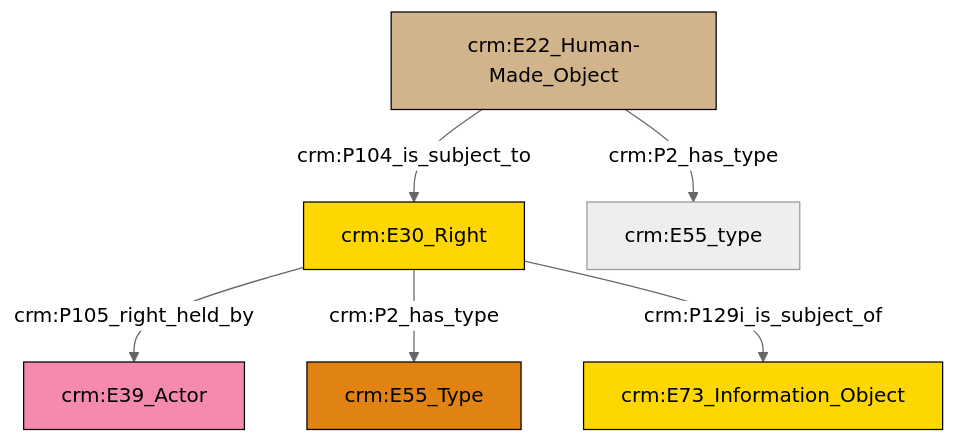
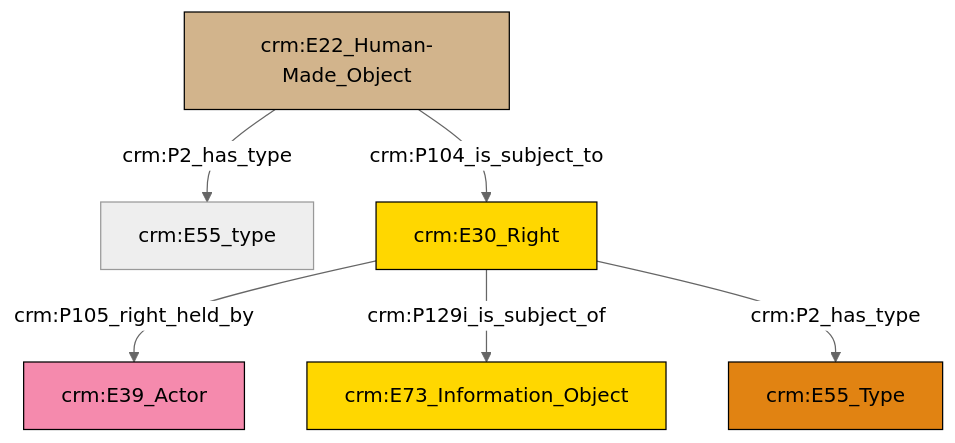
The diagram in et/builtWorkCSV/ttl/mmd/Built_Work_rights.ttl.mmd (swiss-art-research-net/docs.swissartresearch), drawn with Mermaid (neutral theme) before and after one commit. The commit also changed 179 other files, not shown here.

```diff
--- a/et/builtWorkCSV/ttl/mmd/Built_Work_rights.ttl.mmd
+++ b/et/builtWorkCSV/ttl/mmd/Built_Work_rights.ttl.mmd
@@ -1,20 +1,20 @@
 graph TD
 classDef Literal fill:#f2f2f2,stroke:#000000;
 classDef CRM_Entity fill:#FFFFFF,stroke:#000000;
 classDef Temporal_Entity fill:#00C9E6, stroke:#000000;
 classDef Type fill:#E18312, stroke:#000000;
 classDef Time-Span fill:#2C9C91, stroke:#000000;
 classDef Appellation fill:#FFEB7F, stroke:#000000;
 classDef Place fill:#008836, stroke:#000000;
 classDef Persistent_Item fill:#B266B2, stroke:#000000;
 classDef Conceptual_Object fill:#FFD700, stroke:#000000;
 classDef Physical_Thing fill:#D2B48C, stroke:#000000;
 classDef Actor fill:#f58aad, stroke:#000000;
 classDef PC_Classes fill:#4ce600, stroke:#000000;
 classDef Multi fill:#cccccc,stroke:#000000;
 
-0["crm:E30_Right"]:::Conceptual_Object -->|crm:P105_right_held_by| 1["crm:E39_Actor"]:::Actor
-0["crm:E30_Right"]:::Conceptual_Object -->|crm:P2_has_type| 2["crm:E55_Type"]:::Type
-5["crm:E22_Human-Made_Object"]:::Physical_Thing -->|crm:P104_is_subject_to| 0["crm:E30_Right"]:::Conceptual_Object
-0["crm:E30_Right"]:::Conceptual_Object -->|crm:P129i_is_subject_of| 6["crm:E73_Information_Object"]:::Conceptual_Object
-5["crm:E22_Human-Made_Object"]:::Physical_Thing -->|crm:P2_has_type| 9["crm:E55_type"]:::Default
+0["crm:E22_Human-Made_Object"]:::Physical_Thing -->|crm:P2_has_type| 1["crm:E55_type"]:::Default
+2["crm:E30_Right"]:::Conceptual_Object -->|crm:P105_right_held_by| 3["crm:E39_Actor"]:::Actor
+0["crm:E22_Human-Made_Object"]:::Physical_Thing -->|crm:P104_is_subject_to| 2["crm:E30_Right"]:::Conceptual_Object
+2["crm:E30_Right"]:::Conceptual_Object -->|crm:P129i_is_subject_of| 5["crm:E73_Information_Object"]:::Conceptual_Object
+2["crm:E30_Right"]:::Conceptual_Object -->|crm:P2_has_type| 8["crm:E55_Type"]:::Type
```
